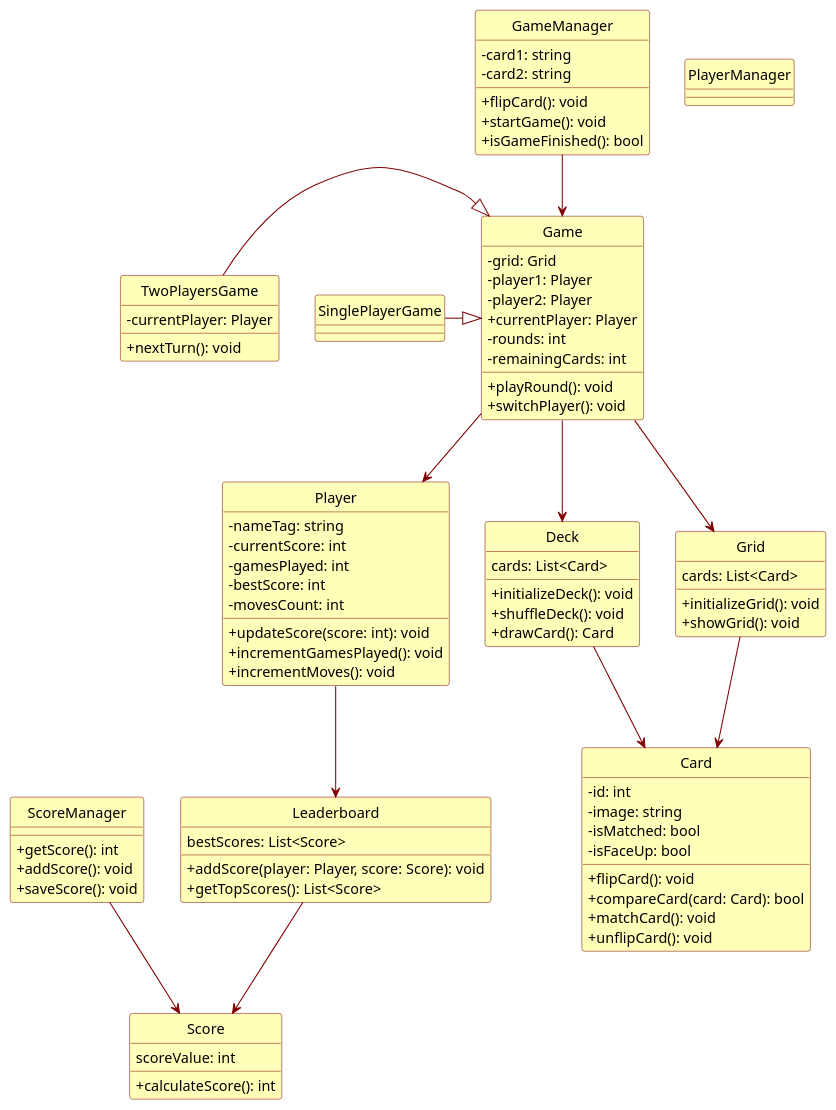
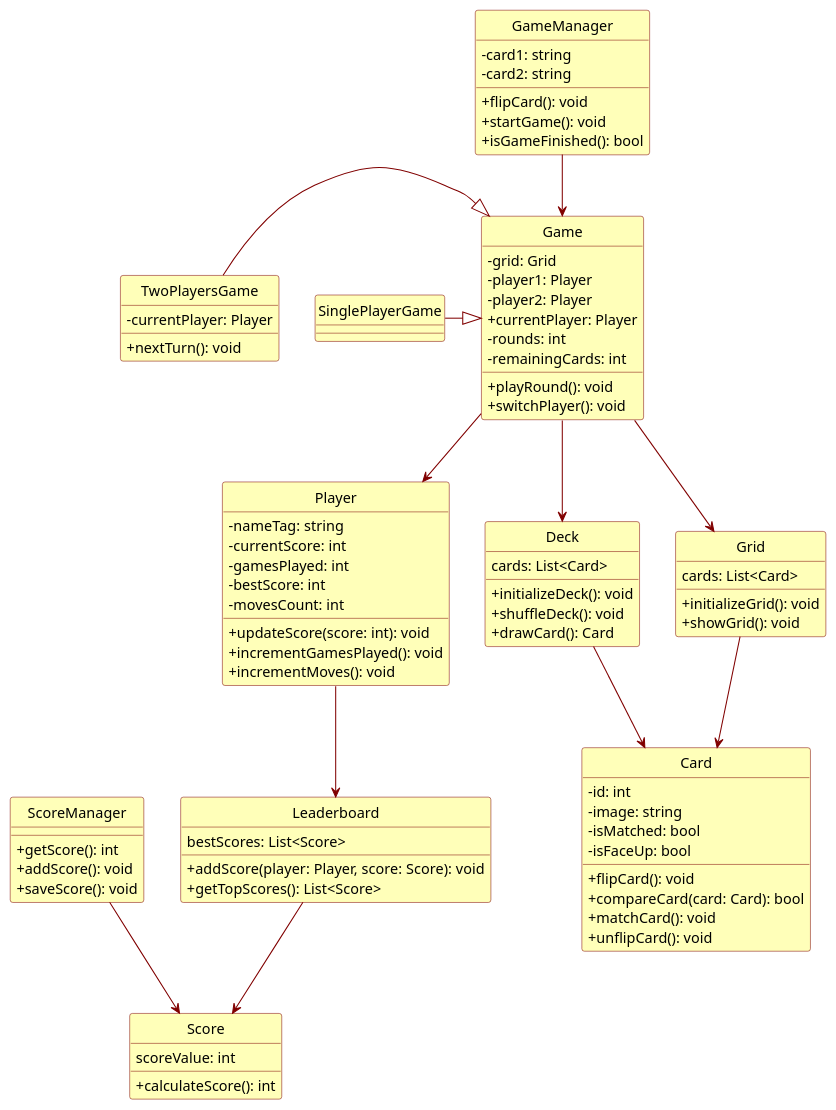
One commit to PosiTr0n505/Game-Memory changed the diagram in src/Docs/Diagrammes/classes.md. Above: the diagram before and after it, drawn with PlantUML.

Commit message:
Mise à jour de 'src/Docs/Diagrammes/classes.md'

```diff
--- a/src/Docs/Diagrammes/classes.md
+++ b/src/Docs/Diagrammes/classes.md
@@ -76,12 +76,6 @@
 + saveScore(): void 
 }
 
-' Classe PlayerManager 
-class PlayerManager{
-
-
-}
-
 ' Classe PartieTwoPlayers héritant de Partie
 class TwoPlayersGame {
     
```
